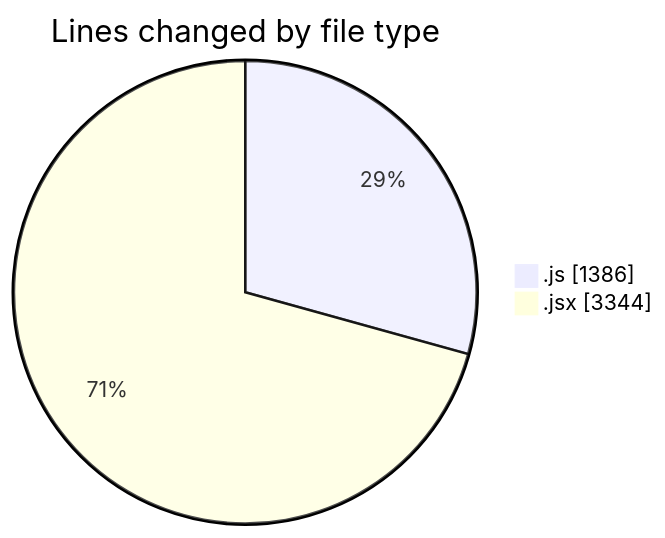
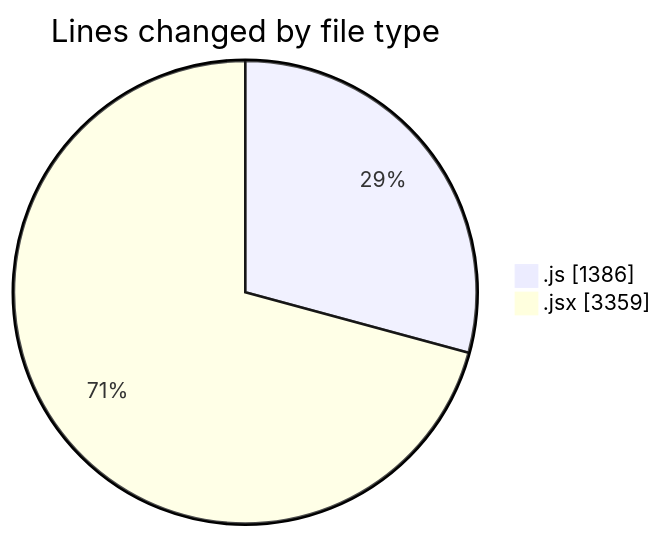
Before and after one commit to nxtqubesakshisongat/code-tracking: the first of 2 diagrams in 2025-07-29/nxtqube_webapp/README.md, drawn with Mermaid. The commit also changed other lines of this file and 1 other file, not shown here.

````diff
--- a/2025-07-29/nxtqube_webapp/README.md
+++ b/2025-07-29/nxtqube_webapp/README.md
@@ -31,6 +31,6 @@
 ```mermaid
 pie showData
 title Lines changed by file type
 ".js" : 1386
-".jsx" : 3344
+".jsx" : 3359
 ```
````
